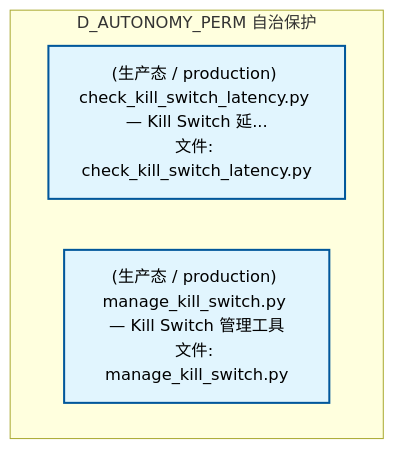
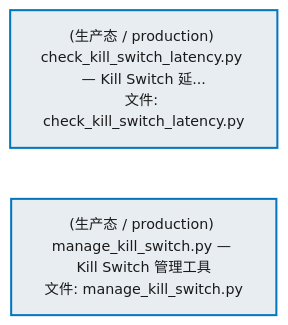
The second of 2 diagrams in docs/02_enterprise_architecture/02_domain_architecture_docs/34_d_autonomy_perm.md (xuanFelixVan/ZephyrAlpha), drawn with Mermaid before and after one commit. The commit also changed other lines of this file and 76 other files, not shown here.

````diff
--- a/docs/02_enterprise_architecture/02_domain_architecture_docs/34_d_autonomy_perm.md
+++ b/docs/02_enterprise_architecture/02_domain_architecture_docs/34_d_autonomy_perm.md
@@ -79,12 +79,12 @@
 ```mermaid
-graph TD
-    subgraph D_AUTONOMY_PERM["D_AUTONOMY_PERM 自治保护"]
-        scripts_arch_guard_fitness_functions_check_kill_switch_latency_py["(生产态 / production) check_kill_switch_latency.py — Kill Switch 延...<br/>文件: check_kill_switch_latency.py"]
-        scripts_governance_meta_manage_kill_switch_py["(生产态 / production) manage_kill_switch.py — Kill Switch 管理工具<br/>文件: manage_kill_switch.py"]
-    end
-    classDef production fill:#e1f5fe,stroke:#01579b,stroke-width:2px,color:#000
-    classDef design fill:#fff3e0,stroke:#e65100,stroke-width:2px,color:#000,stroke-dasharray: 5 5
-    classDef external_prod fill:#e8f5e9,stroke:#1b5e20,stroke-width:1px,color:#000
-    classDef external_design fill:#fce4ec,stroke:#880e4f,stroke-width:1px,color:#000,stroke-dasharray: 5 5
+%%{init: {'theme': 'base', 'themeVariables': {'primaryColor': '#eaeaea', 'primaryTextColor': '#333333', 'primaryBorderColor': '#666666', 'lineColor': '#666666', 'secondaryColor': '#eaeaea', 'tertiaryColor': '#eaeaea', 'fontSize': '14px'}}}%%
+flowchart TD
+    scripts_arch_guard_fitness_functions_check_kill_switch_latency_py["(生产态 / production) check_kill_switch_latency.py — Kill Switch 延...<br/>文件: check_kill_switch_latency.py"]
+    scripts_governance_meta_manage_kill_switch_py["(生产态 / production) manage_kill_switch.py — Kill Switch 管理工具<br/>文件: manage_kill_switch.py"]
+    scripts_arch_guard_fitness_functions_check_kill_switch_latency_py ~~~ scripts_governance_meta_manage_kill_switch_py
+    classDef production fill:#e8edf2,stroke:#0277bd,stroke-width:2px,color:#1a1a1a
+    classDef design fill:#f0ebe3,stroke:#bf360c,stroke-width:2px,color:#1a1a1a,stroke-dasharray: 5 5
+    classDef external_prod fill:#e8efe9,stroke:#1b5e20,stroke-width:1px,color:#1a1a1a
+    classDef external_design fill:#efe5ea,stroke:#880e4f,stroke-width:1px,color:#1a1a1a,stroke-dasharray: 5 5
     class scripts_arch_guard_fitness_functions_check_kill_switch_latency_py,scripts_governance_meta_manage_kill_switch_py production
 ```
````
